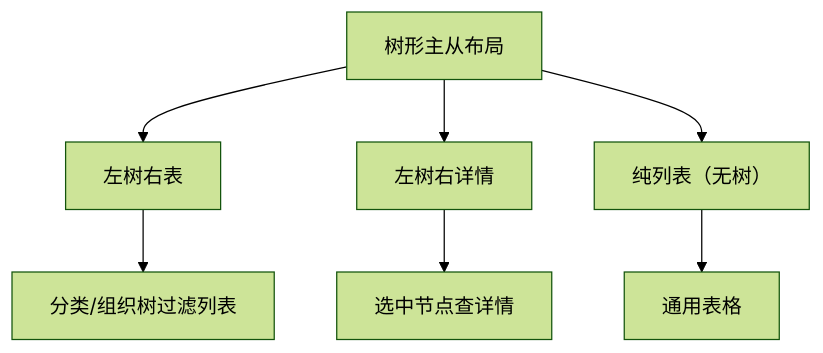
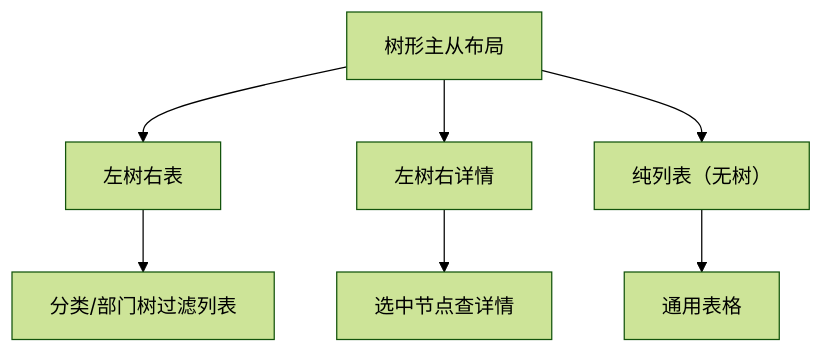
Before and after one commit to minjian123/basic-management-system: the diagram in bms文档/设计/组件设计/03_布局组件类/05_组件设计_树形主从布局/05_组件设计_树形主从布局.md, drawn with Mermaid (forest theme). The commit also changed other lines of this file and 501 other files, not shown here.

````diff
--- a/bms文档/设计/组件设计/03_布局组件类/05_组件设计_树形主从布局/05_组件设计_树形主从布局.md
+++ b/bms文档/设计/组件设计/03_布局组件类/05_组件设计_树形主从布局/05_组件设计_树形主从布局.md
@@ -18,9 +18,9 @@
 ```mermaid
 flowchart TD
     A[树形主从布局] --> B[左树右表]
     A --> C[左树右详情]
     A --> D[纯列表（无树）]
-    B --> E[分类/组织树过滤列表]
+    B --> E[分类/部门树过滤列表]
     C --> F[选中节点查详情]
     D --> G[通用表格]
 ```
````
